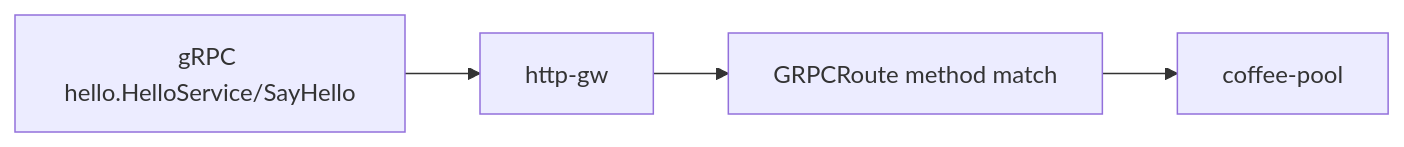
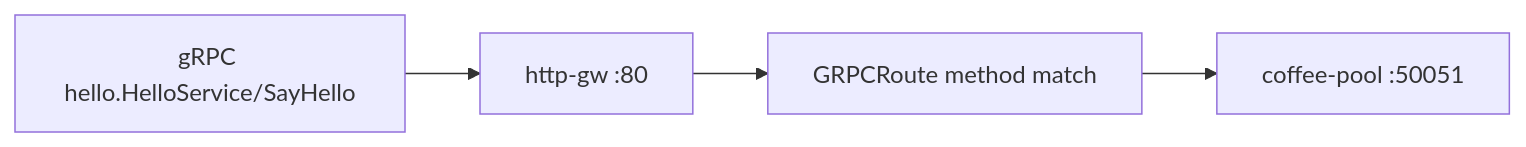
The diagram in Advanced_Feature/3.10_GRPCRoute_Method/README.md (mink0119/2609_f5bnk), drawn with Mermaid before and after one commit. The commit also changed other lines of this file and 80 other files, not shown here.

````diff
--- a/Advanced_Feature/3.10_GRPCRoute_Method/README.md
+++ b/Advanced_Feature/3.10_GRPCRoute_Method/README.md
@@ -5,6 +8,6 @@
 ```mermaid
 flowchart LR
-  C["gRPC hello.HelloService/SayHello"] --> GW[http-gw]
+  C["gRPC hello.HelloService/SayHello"] --> GW[http-gw :80]
   GW --> R[GRPCRoute method match]
-  R --> P1[coffee-pool]
+  R --> P1[coffee-pool :50051]
 ```
````
